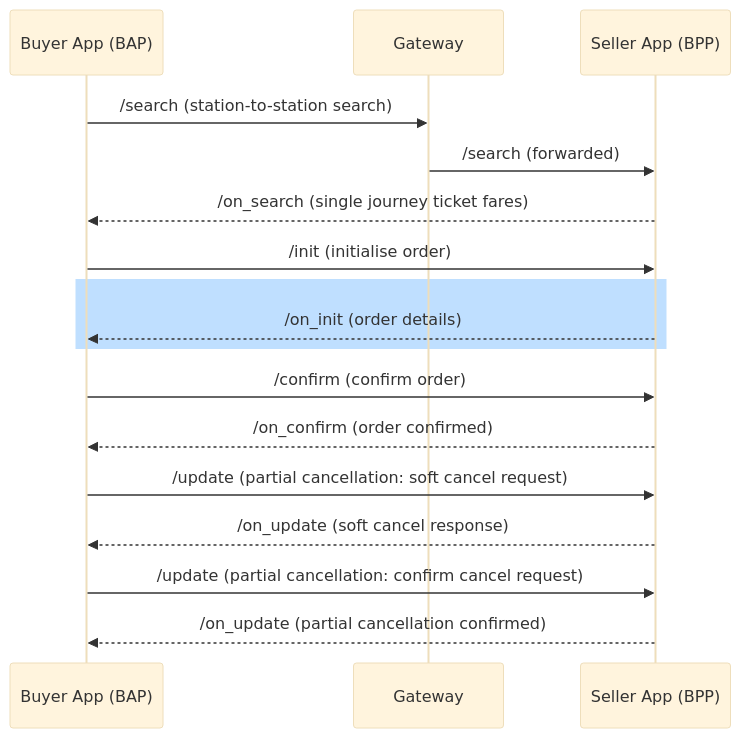
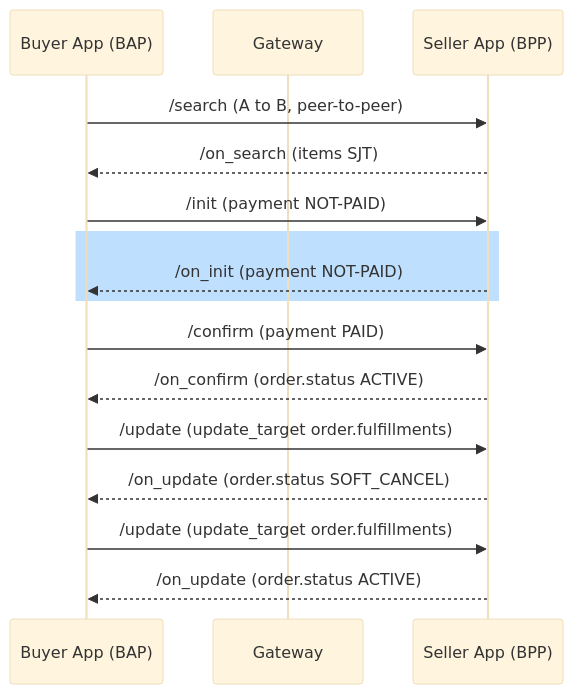
Before and after one commit to ONDC-Official/automation-specifications: the fourth of 10 diagrams in config/docs/partial-cancellation-flow-w-o-search-1-select-sequence-diagrams.md, drawn with Mermaid (base theme). The commit also changed other lines of this file and 24 other files, not shown here.

````diff
--- a/config/docs/partial-cancellation-flow-w-o-search-1-select-sequence-diagrams.md
+++ b/config/docs/partial-cancellation-flow-w-o-search-1-select-sequence-diagrams.md
@@ -78,19 +75,18 @@
 ```mermaid
 sequenceDiagram
   participant Buyer App (BAP)
   participant Gateway
   participant Seller App (BPP)
-  Buyer App (BAP)->>Gateway: /search (station-to-station search)
-  Gateway->>Seller App (BPP): /search (forwarded)
-  Seller App (BPP)-->>Buyer App (BAP): /on_search (single journey ticket fares)
-  Buyer App (BAP)->>Seller App (BPP): /init (initialise order)
+  Buyer App (BAP)->>Seller App (BPP): /search (A to B, peer-to-peer)
+  Seller App (BPP)-->>Buyer App (BAP): /on_search (items SJT)
+  Buyer App (BAP)->>Seller App (BPP): /init (payment NOT-PAID)
   rect rgb(191, 223, 255)
-  Seller App (BPP)-->>Buyer App (BAP): /on_init (order details)
+  Seller App (BPP)-->>Buyer App (BAP): /on_init (payment NOT-PAID)
   end
-  Buyer App (BAP)->>Seller App (BPP): /confirm (confirm order)
-  Seller App (BPP)-->>Buyer App (BAP): /on_confirm (order confirmed)
-  Buyer App (BAP)->>Seller App (BPP): /update (partial cancellation: soft cancel request)
-  Seller App (BPP)-->>Buyer App (BAP): /on_update (soft cancel response)
-  Buyer App (BAP)->>Seller App (BPP): /update (partial cancellation: confirm cancel request)
-  Seller App (BPP)-->>Buyer App (BAP): /on_update (partial cancellation confirmed)
+  Buyer App (BAP)->>Seller App (BPP): /confirm (payment PAID)
+  Seller App (BPP)-->>Buyer App (BAP): /on_confirm (order.status ACTIVE)
+  Buyer App (BAP)->>Seller App (BPP): /update (update_target order.fulfillments)
+  Seller App (BPP)-->>Buyer App (BAP): /on_update (order.status SOFT_CANCEL)
+  Buyer App (BAP)->>Seller App (BPP): /update (update_target order.fulfillments)
+  Seller App (BPP)-->>Buyer App (BAP): /on_update (order.status ACTIVE)
 ```
````
